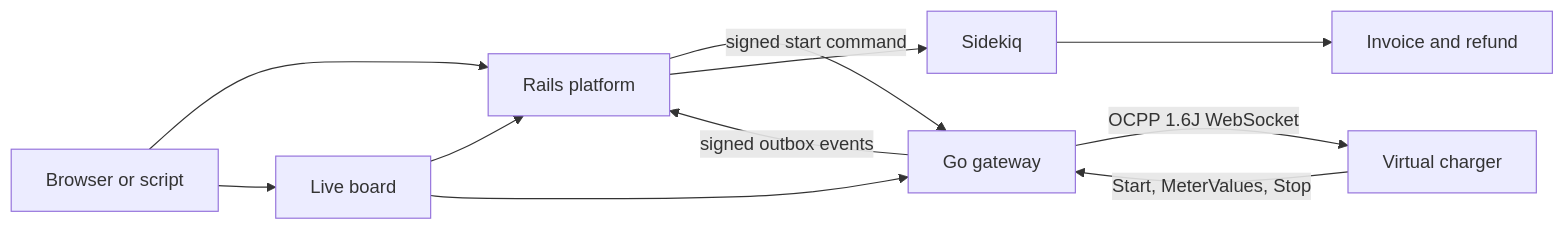
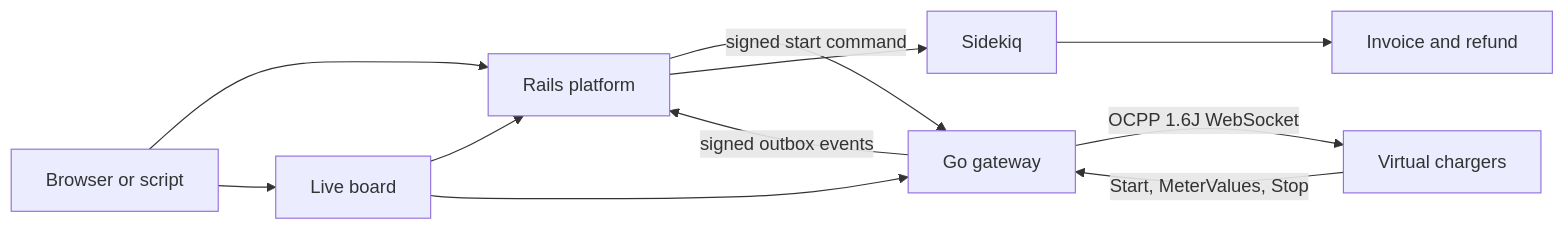
One commit to arnabry11/ev-charging changed the first of 3 diagrams in README.md. Above: the diagram before and after it, drawn with Mermaid. The commit also changed other lines of this file and 3 other files, not shown here.

````diff
--- a/README.md
+++ b/README.md
@@ -34,13 +53,13 @@
 ```mermaid
 flowchart LR
     Visitor[Browser or script] --> Platform[Rails platform]
     Visitor --> Live[Live board]
     Platform -->|signed start command| Gateway[Go gateway]
-    Gateway -->|OCPP 1.6J WebSocket| Simulator[Virtual charger]
+    Gateway -->|OCPP 1.6J WebSocket| Simulator[Virtual chargers]
     Simulator -->|Start, MeterValues, Stop| Gateway
     Gateway -->|signed outbox events| Platform
     Platform --> Worker[Sidekiq]
     Worker --> Receipt[Invoice and refund]
     Live --> Platform
     Live --> Gateway
 ```
````
